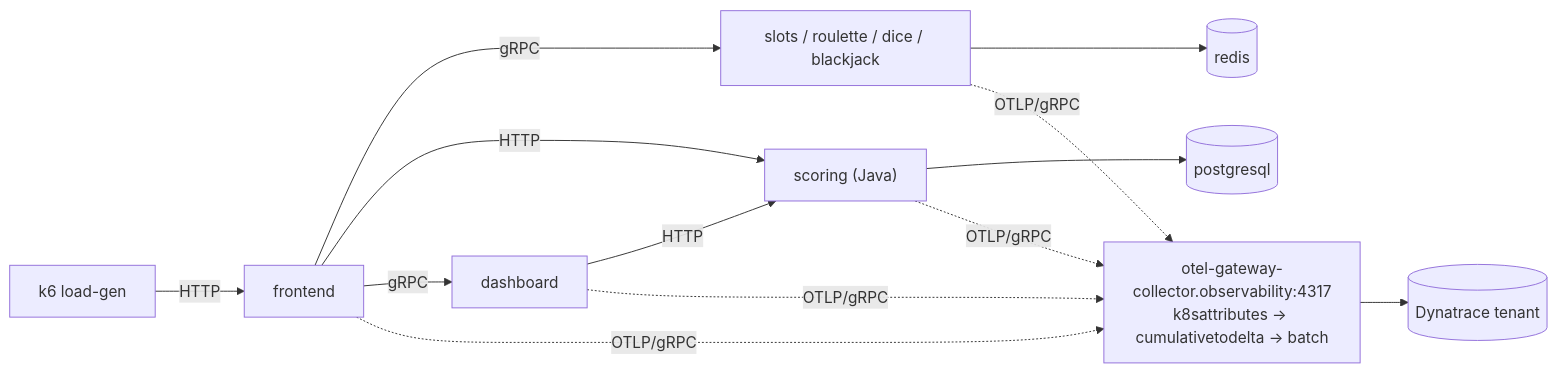
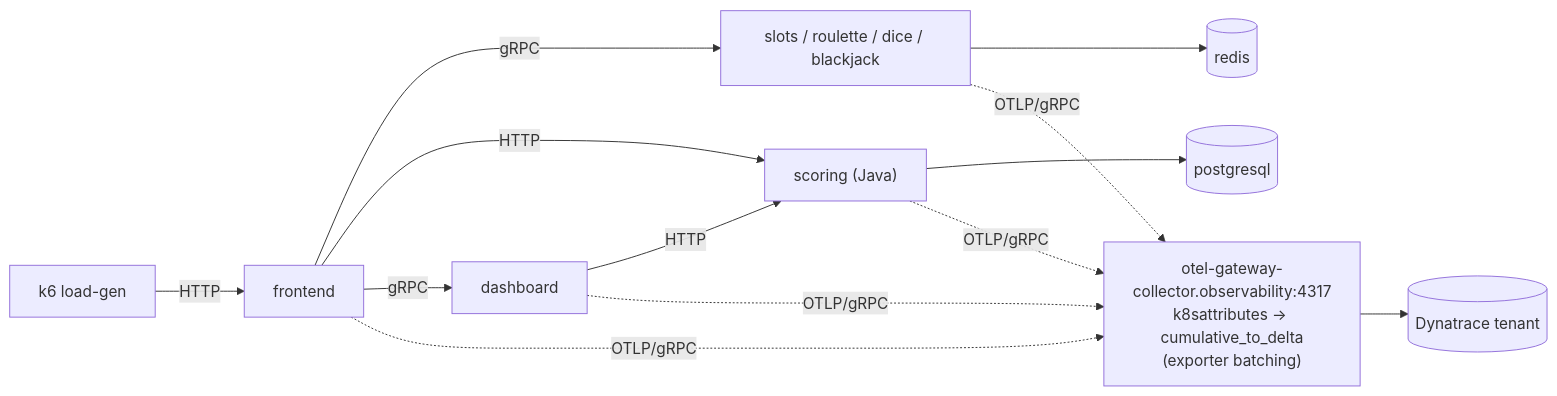
One commit to henrikrexed/Otel-Training changed the diagram in docs-site/index.md. Above: the diagram before and after it, drawn with Mermaid. The commit also changed 110 other files, not shown here.

````diff
--- a/docs-site/index.md
+++ b/docs-site/index.md
@@ -37,15 +37,15 @@
 ```mermaid
 flowchart LR
   k6["k6 load-gen"] -->|HTTP| fe["frontend"]
   fe -->|gRPC| games["slots / roulette / dice / blackjack"]
   fe -->|HTTP| scoring["scoring (Java)"]
   fe -->|gRPC| dash["dashboard"]
   dash -->|HTTP| scoring
   games --> redis[("redis")]
   scoring --> pg[("postgresql")]
   fe -. "OTLP/gRPC" .-> gw
   games -. "OTLP/gRPC" .-> gw
   scoring -. "OTLP/gRPC" .-> gw
   dash -. "OTLP/gRPC" .-> gw
-  gw["otel-gateway-collector.observability:4317<br/>k8sattributes → cumulativetodelta → batch"] --> dt[("Dynatrace tenant")]
+  gw["otel-gateway-collector.observability:4317<br/>k8sattributes → cumulative_to_delta<br/>(exporter batching)"] --> dt[("Dynatrace tenant")]
 ```
````
